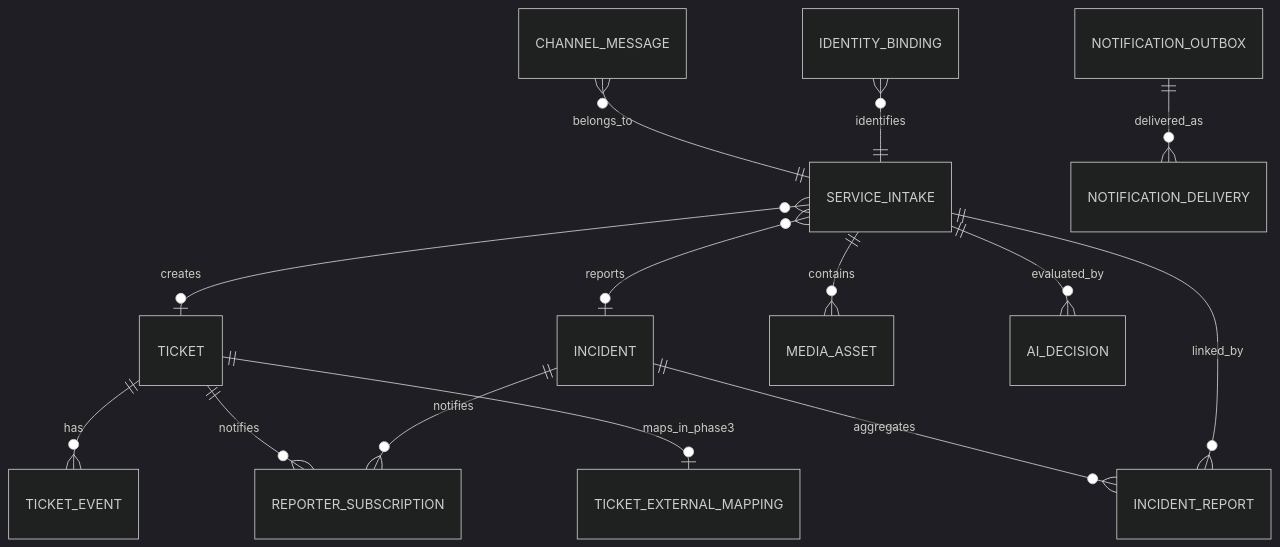
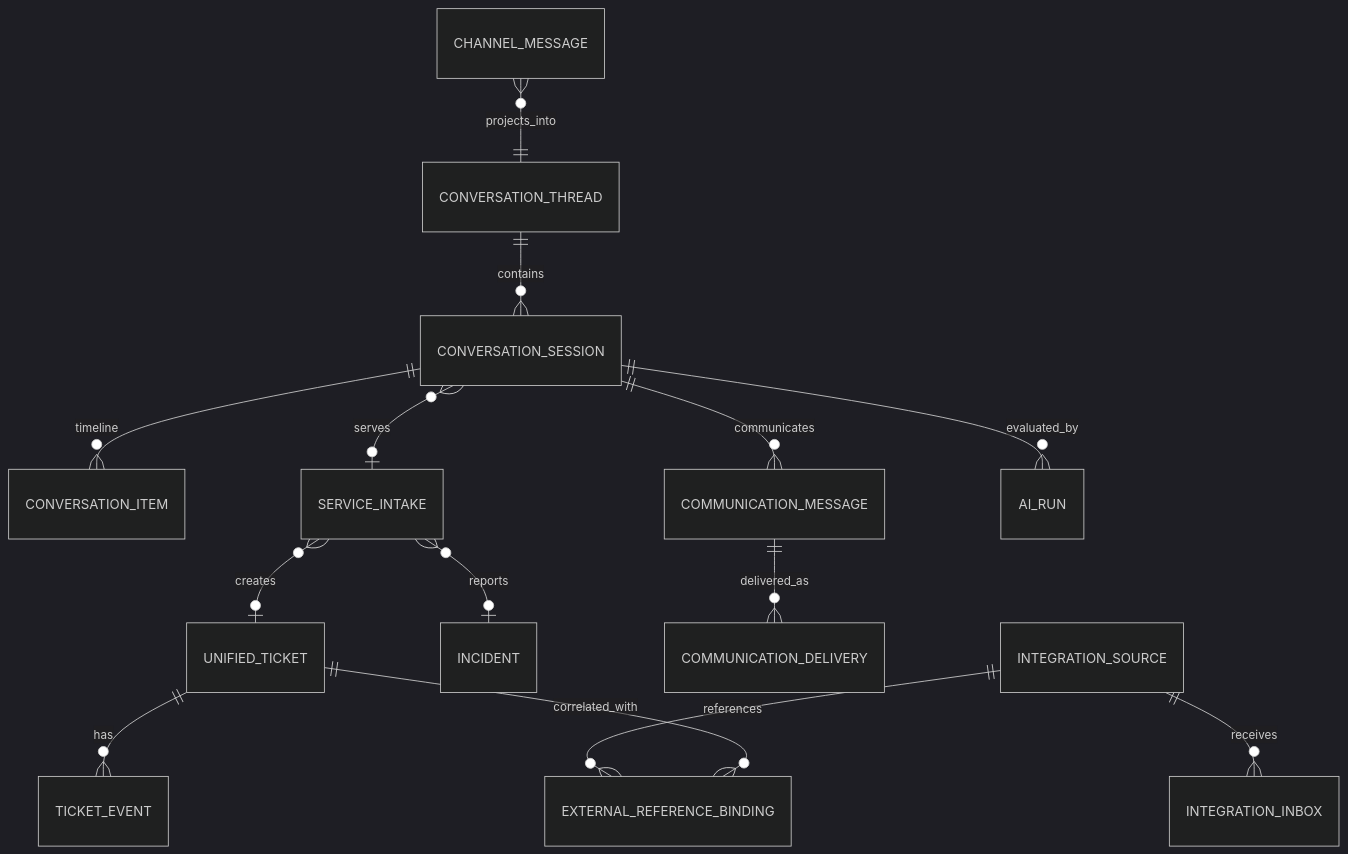
Before and after one commit to peterkis/Fault-Reporting-WeCom-Assistant: the diagram in docs/04_domain_model.md, drawn with Mermaid (dark theme). The commit also changed other lines of this file and 53 other files, not shown here.

````diff
--- a/docs/04_domain_model.md
+++ b/docs/04_domain_model.md
@@ -201,16 +69,16 @@
 ```mermaid
 erDiagram
-    CHANNEL_MESSAGE }o--|| SERVICE_INTAKE : belongs_to
-    SERVICE_INTAKE }o--o| TICKET : creates
+    CHANNEL_MESSAGE }o--|| CONVERSATION_THREAD : projects_into
+    CONVERSATION_THREAD ||--o{ CONVERSATION_SESSION : contains
+    CONVERSATION_SESSION ||--o{ CONVERSATION_ITEM : timeline
+    CONVERSATION_SESSION }o--o| SERVICE_INTAKE : serves
+    SERVICE_INTAKE }o--o| UNIFIED_TICKET : creates
     SERVICE_INTAKE }o--o| INCIDENT : reports
-    SERVICE_INTAKE ||--o{ MEDIA_ASSET : contains
-    SERVICE_INTAKE ||--o{ AI_DECISION : evaluated_by
-    TICKET ||--o{ TICKET_EVENT : has
-    INCIDENT ||--o{ INCIDENT_REPORT : aggregates
-    SERVICE_INTAKE ||--o{ INCIDENT_REPORT : linked_by
-    TICKET ||--o{ REPORTER_SUBSCRIPTION : notifies
-    INCIDENT ||--o{ REPORTER_SUBSCRIPTION : notifies
-    NOTIFICATION_OUTBOX ||--o{ NOTIFICATION_DELIVERY : delivered_as
-    IDENTITY_BINDING }o--|| SERVICE_INTAKE : identifies
-    TICKET ||--o| TICKET_EXTERNAL_MAPPING : maps_in_phase3
+    UNIFIED_TICKET ||--o{ TICKET_EVENT : has
+    CONVERSATION_SESSION ||--o{ COMMUNICATION_MESSAGE : communicates
+    COMMUNICATION_MESSAGE ||--o{ COMMUNICATION_DELIVERY : delivered_as
+    CONVERSATION_SESSION ||--o{ AI_RUN : evaluated_by
+    INTEGRATION_SOURCE ||--o{ INTEGRATION_INBOX : receives
+    INTEGRATION_SOURCE ||--o{ EXTERNAL_REFERENCE_BINDING : references
+    UNIFIED_TICKET ||--o{ EXTERNAL_REFERENCE_BINDING : correlated_with
 ```
````
